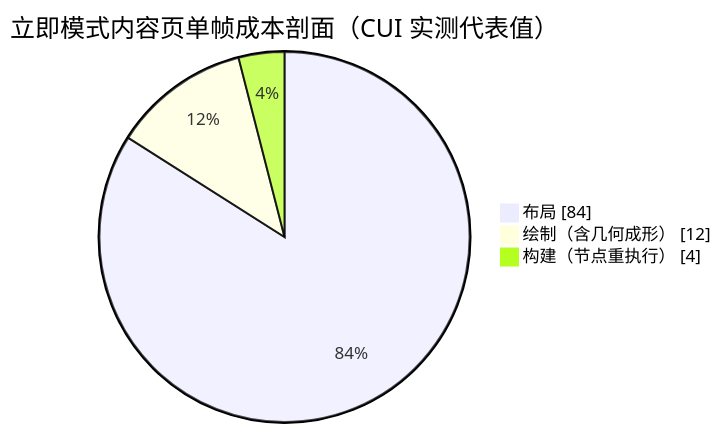
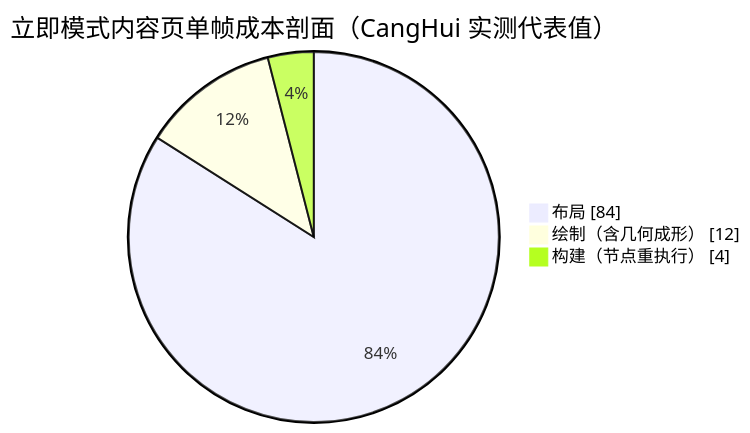
Before and after one commit to Celading/CangHui: the fifth of 5 diagrams in docs/modern-GUI-insights-and-analysis.md, drawn with Mermaid. The commit also changed other lines of this file and 931 other files, not shown here.

Commit message:
refactor: migrate CangHui package identity to chui

````diff
--- a/docs/modern-GUI-insights-and-analysis.md
+++ b/docs/modern-GUI-insights-and-analysis.md
@@ -167,7 +167,7 @@
 ```mermaid
 pie showData
-    title 立即模式内容页单帧成本剖面（CUI 实测代表值）
+    title 立即模式内容页单帧成本剖面（CangHui 实测代表值）
     "布局" : 84
     "绘制（含几何成形）" : 12
     "构建（节点重执行）" : 4
 ```
````
